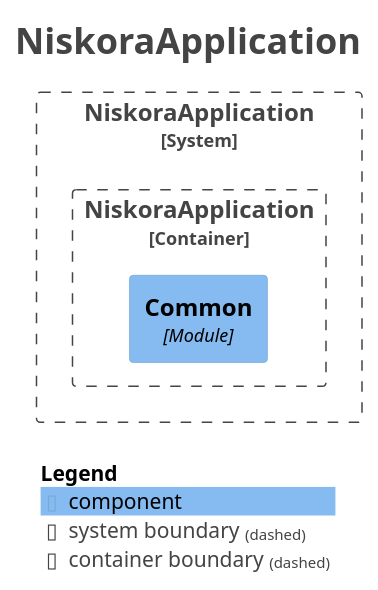
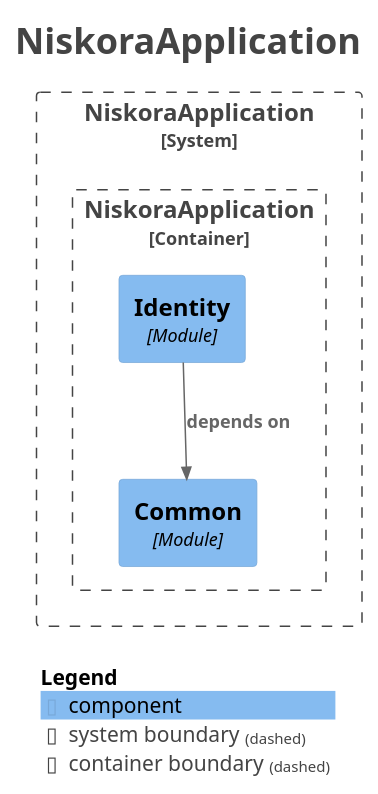
Before and after one commit to byanto/niskora: the diagram in docs/modules/components.puml, drawn with PlantUML. The commit also changed 67 other files, not shown here.

```diff
--- a/docs/modules/components.puml
+++ b/docs/modules/components.puml
@@ -1,27 +1,30 @@
 @startuml
 title <size:24>NiskoraApplication</size>
 
 set separator none
 top to bottom direction
 
 <style>
   root {
     BackgroundColor: #ffffff
     FontColor: #444444
   }
 </style>
 
 !include <C4/C4>
 !include <C4/C4_Context>
 !include <C4/C4_Component>
 
 System_Boundary("NiskoraApplication_boundary", "NiskoraApplication", $tags="") {
   Container_Boundary("NiskoraApplication.NiskoraApplication_boundary", "NiskoraApplication", $tags="") {
     Component(NiskoraApplication.NiskoraApplication.Common, "Common", $techn="Module", $descr="", $tags="", $link="")
+    Component(NiskoraApplication.NiskoraApplication.Identity, "Identity", $techn="Module", $descr="", $tags="", $link="")
   }
 
 }
 
+Rel(NiskoraApplication.NiskoraApplication.Identity, NiskoraApplication.NiskoraApplication.Common, "depends on", $techn="", $tags="", $link="")
+
 SHOW_LEGEND(true)
 hide stereotypes
 @enduml
```
